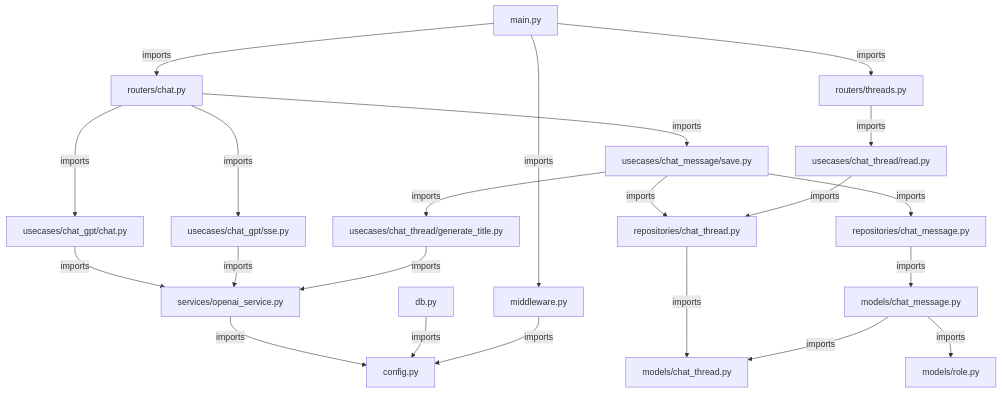
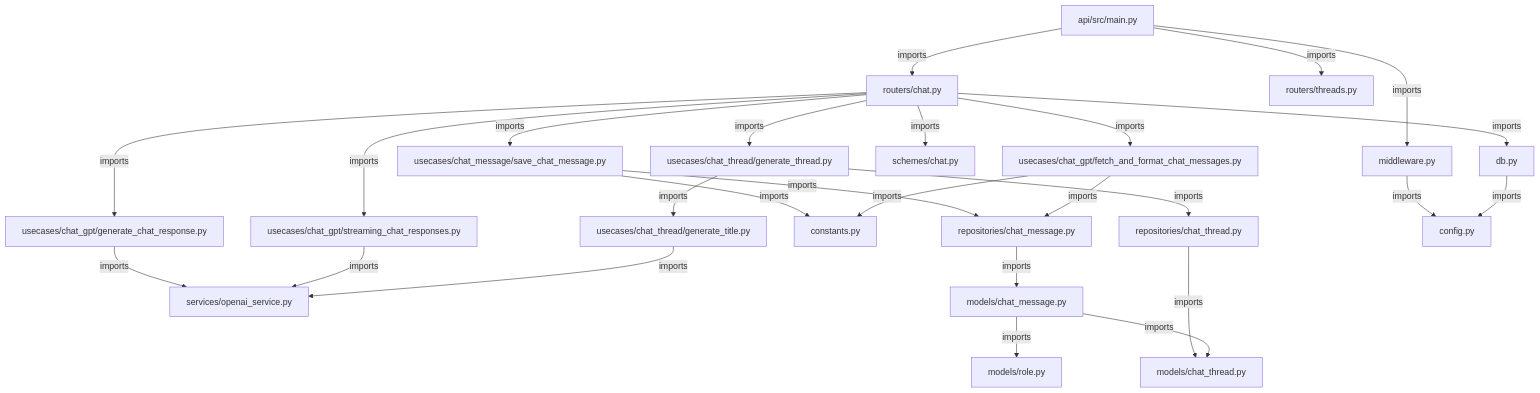
One commit to nakajima97/llm-chat-app-server changed the diagram in documents/file_relation.md. Above: the diagram before and after it, drawn with Mermaid. The commit also changed 1 other file, not shown here.

Commit message:
#58 グラフ図の更新

````diff
--- a/documents/file_relation.md
+++ b/documents/file_relation.md
@@ -1,37 +1,41 @@
 ```mermaid
 graph TB
     %% Main entry points
-    main[main.py] -->|imports| routers/chat.py
-    main[main.py] -->|imports| routers/threads.py
-    main[main.py] -->|imports| middleware.py
+    main[api/src/main.py] -->|imports| routers/chat.py
+    main[api/src/main.py] -->|imports| routers/threads.py
+    main[api/src/main.py] -->|imports| middleware.py
 
     %% Routers
-    routers/chat.py -->|imports| usecases/chat_gpt/chat.py
-    routers/chat.py -->|imports| usecases/chat_gpt/sse.py
-    routers/chat.py -->|imports| usecases/chat_message/save.py
-    routers/threads.py -->|imports| usecases/chat_thread/read.py
+    routers/chat.py -->|imports| usecases/chat_gpt/generate_chat_response.py
+    routers/chat.py -->|imports| usecases/chat_gpt/streaming_chat_responses.py
+    routers/chat.py -->|imports| usecases/chat_message/save_chat_message.py
+    routers/chat.py -->|imports| usecases/chat_thread/generate_thread.py
+    routers/chat.py -->|imports| usecases/chat_gpt/fetch_and_format_chat_messages.py
+    routers/chat.py -->|imports| schemes/chat.py
+    routers/chat.py -->|imports| db.py
 
     %% Usecases
-    usecases/chat_gpt/chat.py -->|imports| services/openai_service.py
-    usecases/chat_gpt/sse.py -->|imports| services/openai_service.py
-    usecases/chat_message/save.py -->|imports| repositories/chat_thread.py
-    usecases/chat_message/save.py -->|imports| repositories/chat_message.py
-    usecases/chat_message/save.py -->|imports| usecases/chat_thread/generate_title.py
-    usecases/chat_thread/read.py -->|imports| repositories/chat_thread.py
+    usecases/chat_gpt/generate_chat_response.py -->|imports| services/openai_service.py
+    usecases/chat_gpt/streaming_chat_responses.py -->|imports| services/openai_service.py
+    usecases/chat_message/save_chat_message.py -->|imports| repositories/chat_message.py
+    usecases/chat_message/save_chat_message.py -->|imports| constants.py
+    usecases/chat_thread/generate_thread.py -->|imports| repositories/chat_thread.py
+    usecases/chat_thread/generate_thread.py -->|imports| usecases/chat_thread/generate_title.py
     usecases/chat_thread/generate_title.py -->|imports| services/openai_service.py
+    usecases/chat_gpt/fetch_and_format_chat_messages.py -->|imports| repositories/chat_message.py
+    usecases/chat_gpt/fetch_and_format_chat_messages.py -->|imports| constants.py
 
     %% Repositories
     repositories/chat_thread.py -->|imports| models/chat_thread.py
     repositories/chat_message.py -->|imports| models/chat_message.py
 
-    %% Services
-    services/openai_service.py -->|imports| config.py
-
-    %% Database and Config
-    db.py -->|imports| config.py
+    %% Models
     models/chat_message.py -->|imports| models/role.py
     models/chat_message.py -->|imports| models/chat_thread.py
 
     %% Middleware
     middleware.py -->|imports| config.py
+
+    %% Database
+    db.py -->|imports| config.py
 ```
````
